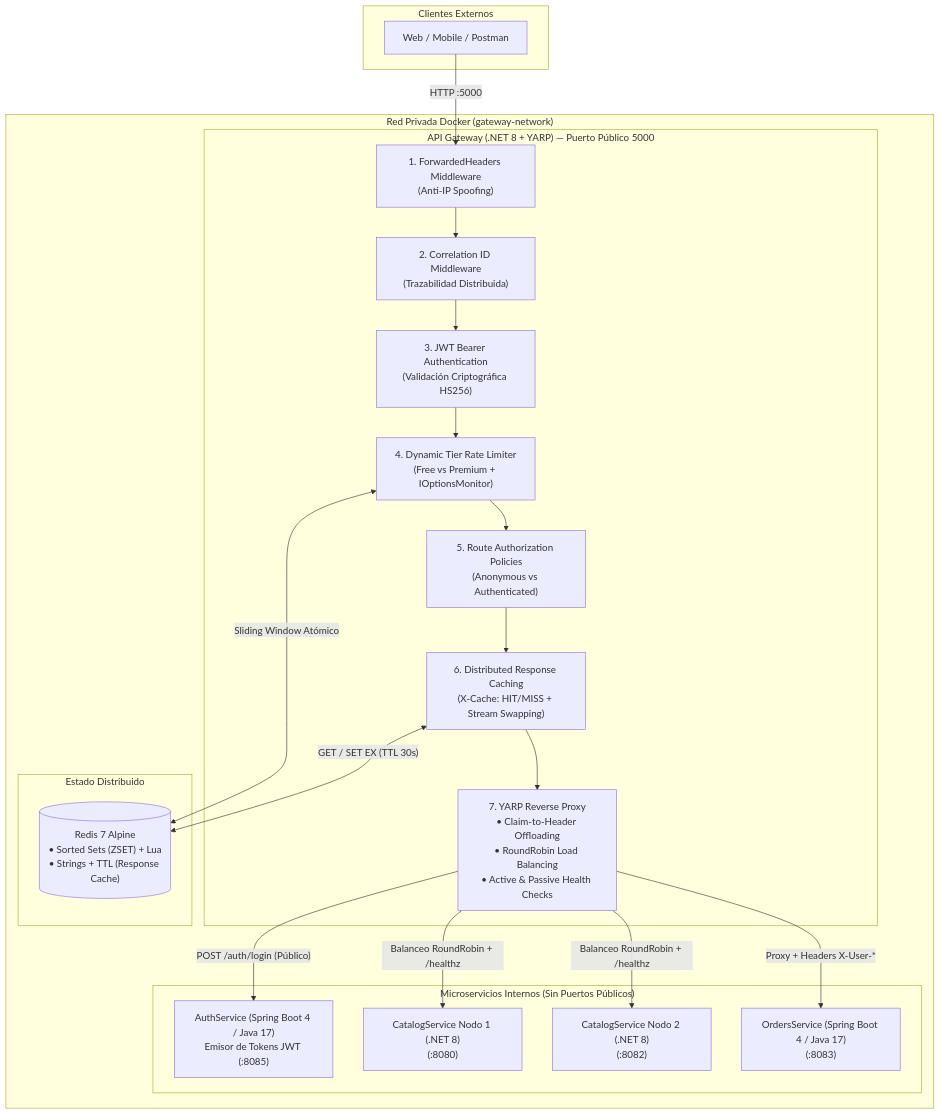
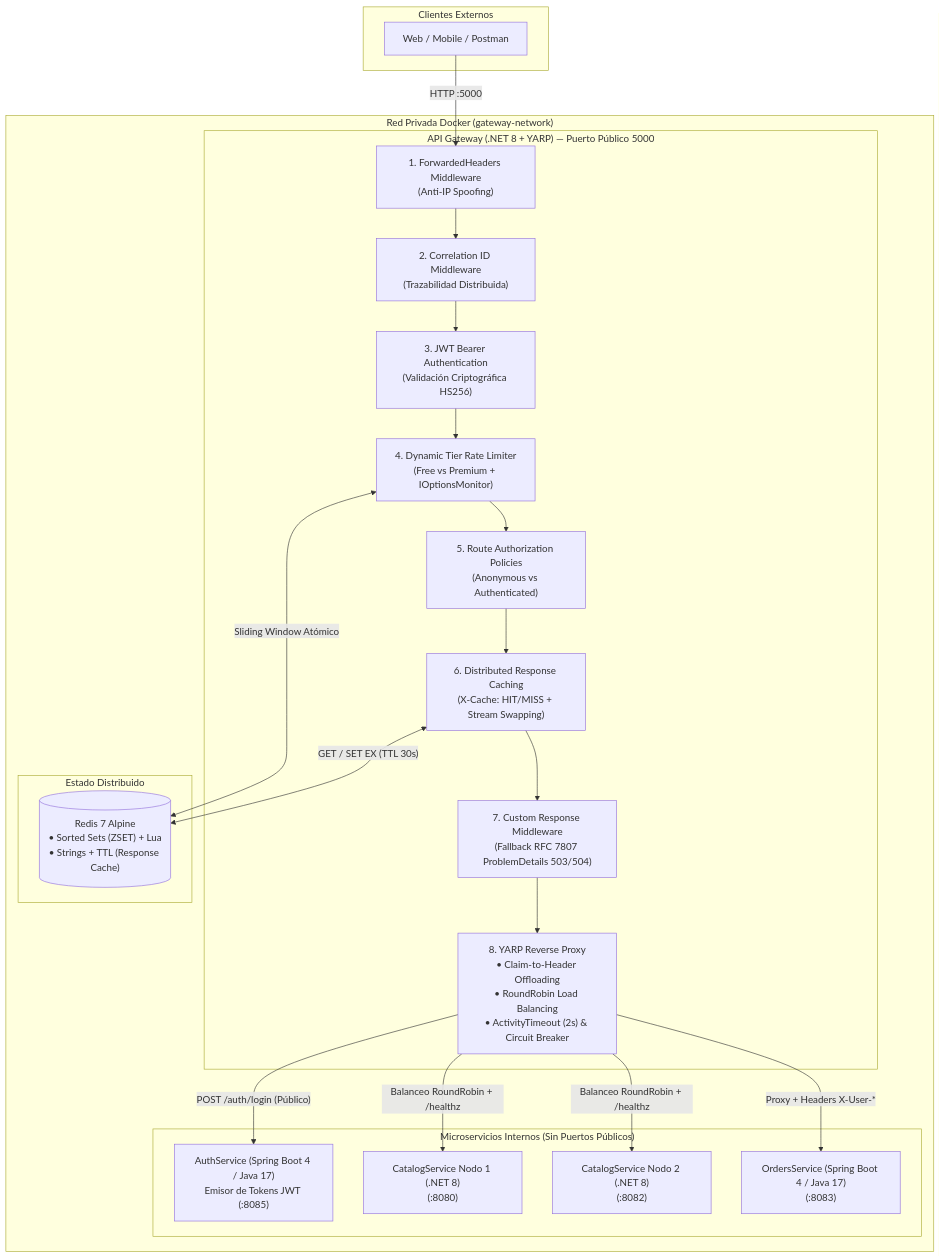
One commit to Ariel-Marcelo/cloud-native-api-gateway changed the diagram in README.md. Above: the diagram before and after it, drawn with Mermaid. The commit also changed other lines of this file and 5 other files, not shown here.

````diff
--- a/README.md
+++ b/README.md
@@ -9,39 +9,40 @@
 ```mermaid
 flowchart TD
     subgraph Clientes["Clientes Externos"]
         Client["Web / Mobile / Postman"]
     end
 
     subgraph DockerNet["Red Privada Docker (gateway-network)"]
         subgraph Edge["API Gateway (.NET 8 + YARP) — Puerto Público 5000"]
             FH["1. ForwardedHeaders Middleware<br/>(Anti-IP Spoofing)"]
             CID["2. Correlation ID Middleware<br/>(Trazabilidad Distribuida)"]
             JWT["3. JWT Bearer Authentication<br/>(Validación Criptográfica HS256)"]
             RL["4. Dynamic Tier Rate Limiter<br/>(Free vs Premium + IOptionsMonitor)"]
             AUTHZ["5. Route Authorization Policies<br/>(Anonymous vs Authenticated)"]
             CACHE["6. Distributed Response Caching<br/>(X-Cache: HIT/MISS + Stream Swapping)"]
-            YARP["7. YARP Reverse Proxy<br/>• Claim-to-Header Offloading<br/>• RoundRobin Load Balancing<br/>• Active & Passive Health Checks"]
+            FALLBACK["7. Custom Response Middleware<br/>(Fallback RFC 7807 ProblemDetails 503/504)"]
+            YARP["8. YARP Reverse Proxy<br/>• Claim-to-Header Offloading<br/>• RoundRobin Load Balancing<br/>• ActivityTimeout (2s) & Circuit Breaker"]
             
-            FH --> CID --> JWT --> RL --> AUTHZ --> CACHE --> YARP
+            FH --> CID --> JWT --> RL --> AUTHZ --> CACHE --> FALLBACK --> YARP
         end
 
         subgraph State["Estado Distribuido"]
             REDIS[("Redis 7 Alpine<br/>• Sorted Sets (ZSET) + Lua<br/>• Strings + TTL (Response Cache)")]
         end
 
         subgraph Downstream["Microservicios Internos (Sin Puertos Públicos)"]
             AUTH["AuthService (Spring Boot 4 / Java 17)<br/>Emisor de Tokens JWT (:8085)"]
             CAT1["CatalogService Nodo 1 (.NET 8)<br/>(:8080)"]
             CAT2["CatalogService Nodo 2 (.NET 8)<br/>(:8082)"]
             ORD["OrdersService (Spring Boot 4 / Java 17)<br/>(:8083)"]
         end
     end
 
     Client -->|"HTTP :5000"| FH
     RL <-->|"Sliding Window Atómico"| REDIS
     CACHE <-->|"GET / SET EX (TTL 30s)"| REDIS
     YARP -->|"POST /auth/login (Público)"| AUTH
     YARP -->|"Balanceo RoundRobin + /healthz"| CAT1
     YARP -->|"Balanceo RoundRobin + /healthz"| CAT2
     YARP -->|"Proxy + Headers X-User-*"| ORD
 ```
````
